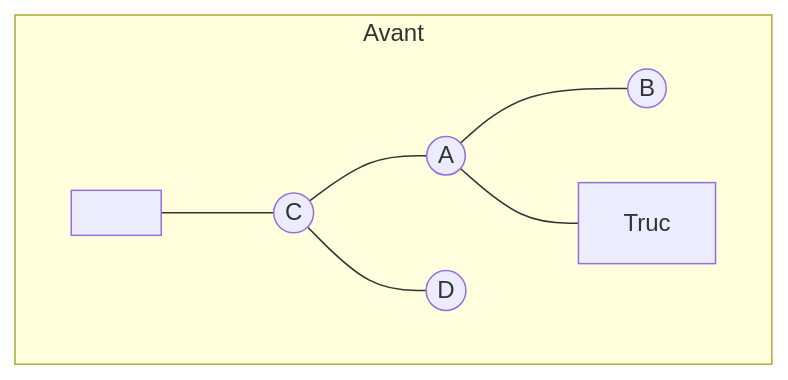
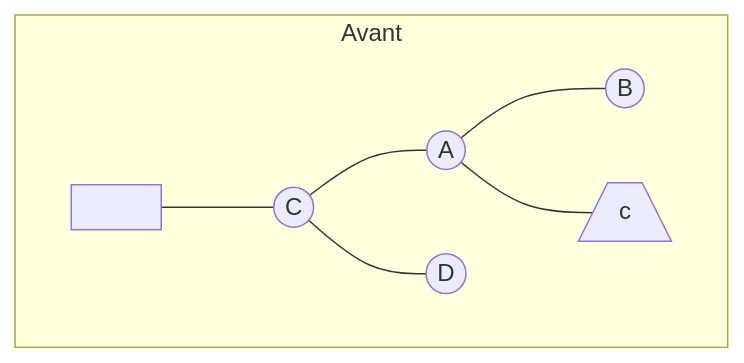
Before and after one commit to Kechidi/TP1: the diagram in cours/test.md, drawn with Mermaid.

````diff
--- a/cours/test.md
+++ b/cours/test.md
@@ -1,7 +1,7 @@
 ```mermaid
 flowchart TD
   subgraph 0[Avant]
     R1[" "] --- C1((C)) --- A1((A)) & D1((D))
-    A1 --- B1(("B")) & Truc
+    A1 --- B1(("B")) & truc[/c\]
   end
 ```
````
